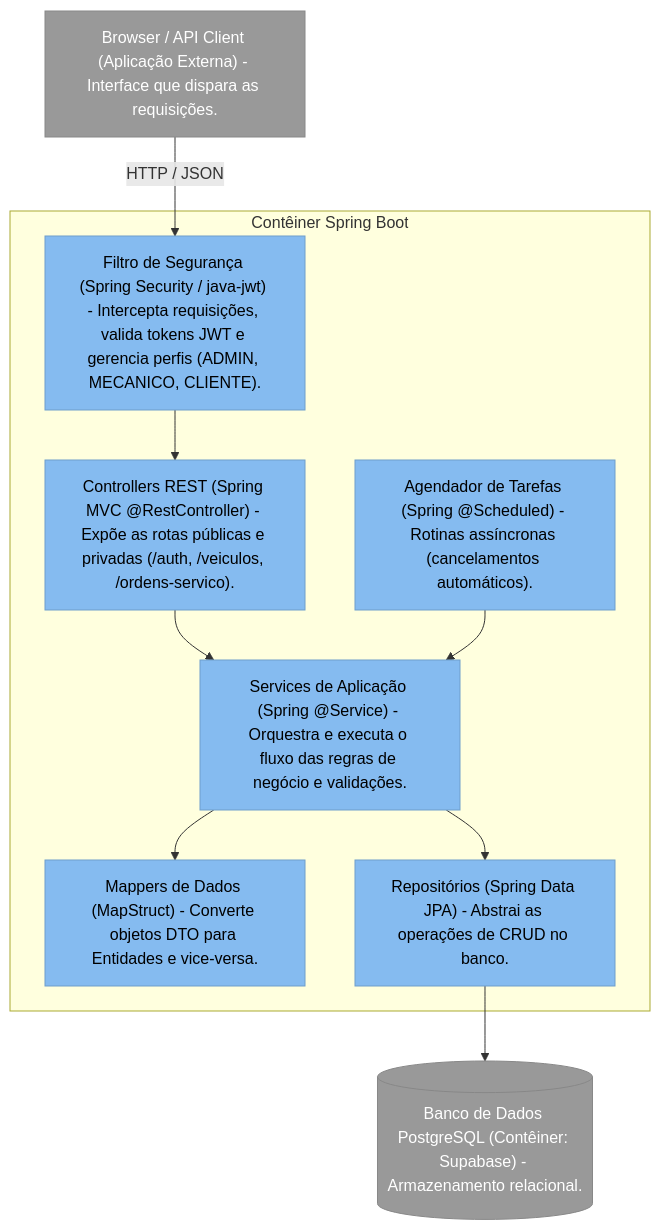
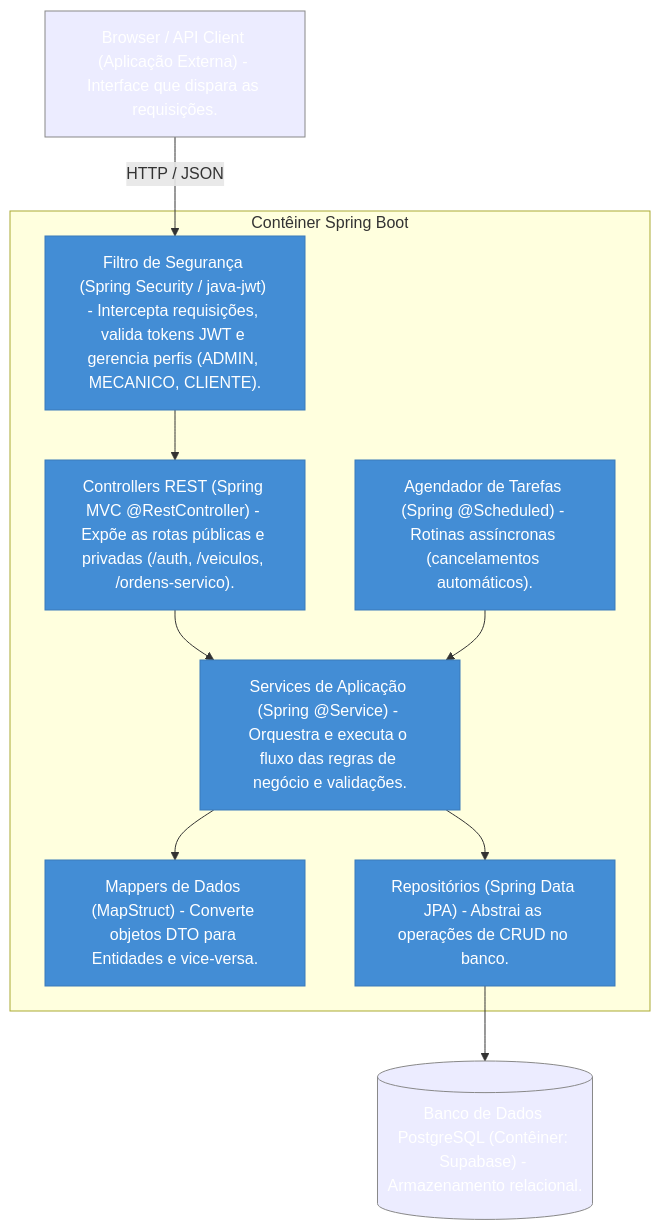
One commit to thallencar/autoflow changed the third of 3 diagrams in ARCHITECTURE.md. Above: the diagram before and after it, drawn with Mermaid. The commit also changed other lines of this file and 18 other files, not shown here.

````diff
--- a/ARCHITECTURE.md
+++ b/ARCHITECTURE.md
@@ -61,27 +61,27 @@
 ```mermaid
 graph TD
     client["Browser / API Client (Aplicação Externa) - Interface que dispara as requisições."]
     db_ext[("Banco de Dados PostgreSQL (Contêiner: Supabase) - Armazenamento relacional.")]
 
     subgraph Autoflow API [Contêiner Spring Boot]
         security["Filtro de Segurança (Spring Security / java-jwt) - Intercepta requisições, valida tokens JWT e gerencia perfis (ADMIN, MECANICO, CLIENTE)."]
         controllers["Controllers REST (Spring MVC @RestController) - Expõe as rotas públicas e privadas (/auth, /veiculos, /ordens-servico)."]
         services["Services de Aplicação (Spring @Service) - Orquestra e executa o fluxo das regras de negócio e validações."]
         scheduler["Agendador de Tarefas (Spring @Scheduled) - Rotinas assíncronas (cancelamentos automáticos)."]
         mappers["Mappers de Dados (MapStruct) - Converte objetos DTO para Entidades e vice-versa."]
         repos["Repositórios (Spring Data JPA) - Abstrai as operações de CRUD no banco."]
     end
 
     client -->|HTTP / JSON| security
     security --> controllers
     controllers --> services
     scheduler --> services
     services --> mappers
     services --> repos
     repos --> db_ext
 
-    classDef ext fill:#999999,stroke:#888888,color:#fff;
-    classDef comp fill:#85bbf0,stroke:#6f9ecb,color:#000;
+    classDef ext fill:#,stroke:#888888,color:#fff;
+    classDef comp fill:#438dd5,stroke:#3b7bba,color:#fff;
     class client,db_ext ext;
     class security,controllers,services,scheduler,mappers,repos comp;
 ```
````
